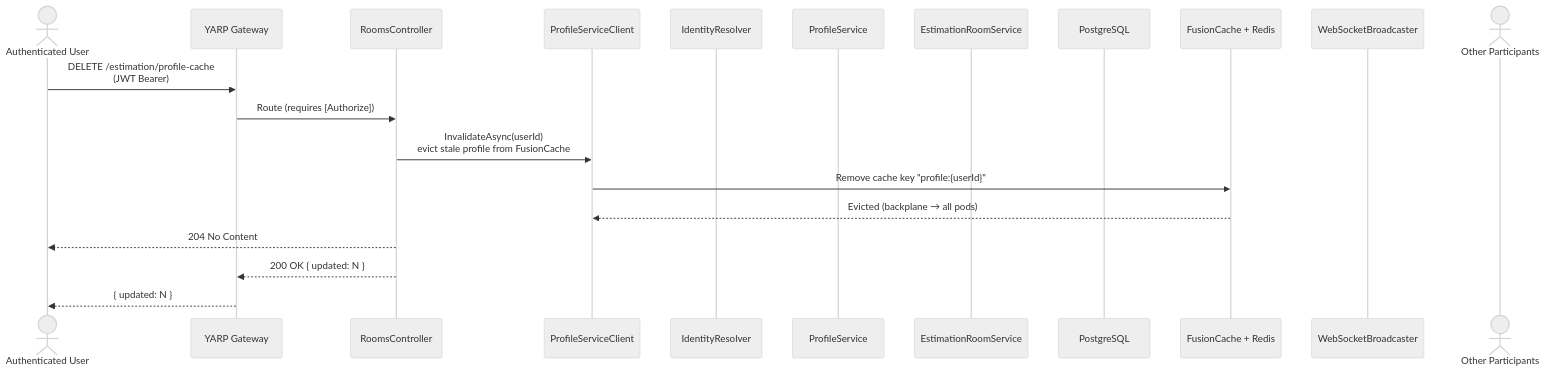
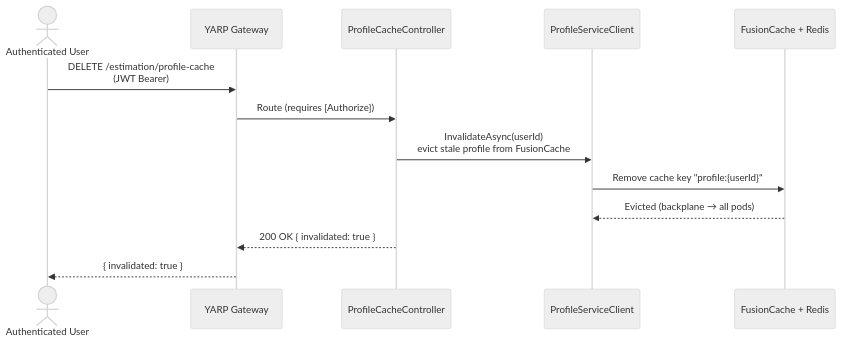
One commit to HeliosPersonal/overflow changed the ninth of 11 diagrams in Overflow.EstimationService/README.md. Above: the diagram before and after it, drawn with Mermaid (neutral theme). The commit also changed other lines of this file and 13 other files, not shown here.

Commit message:
refactor: simplify room state management by removing cache invalidation and directly broadcasting updates via Redis

````diff
--- a/Overflow.EstimationService/README.md
+++ b/Overflow.EstimationService/README.md
@@ -430,24 +424,17 @@
 ```mermaid
 sequenceDiagram
     actor User as Authenticated User
     participant GW as YARP Gateway
-    participant EC as RoomsController
+    participant EC as ProfileCacheController
     participant PC as ProfileServiceClient
-    participant IR as IdentityResolver
-    participant PS as ProfileService
-    participant SVC as EstimationRoomService
-    participant DB as PostgreSQL
     participant FC as FusionCache + Redis
-    participant WS as WebSocketBroadcaster
-    actor Others as Other Participants
 
     User->>GW: DELETE /estimation/profile-cache<br/>(JWT Bearer)
     GW->>EC: Route (requires [Authorize])
     EC->>PC: InvalidateAsync(userId)<br/>evict stale profile from FusionCache
     PC->>FC: Remove cache key "profile:{userId}"
     FC-->>PC: Evicted (backplane → all pods)
 
-    EC-->>User: 204 No Content
-    EC-->>GW: 200 OK { updated: N }
-    GW-->>User: { updated: N }
+    EC-->>GW: 200 OK { invalidated: true }
+    GW-->>User: { invalidated: true }
 ```
````
